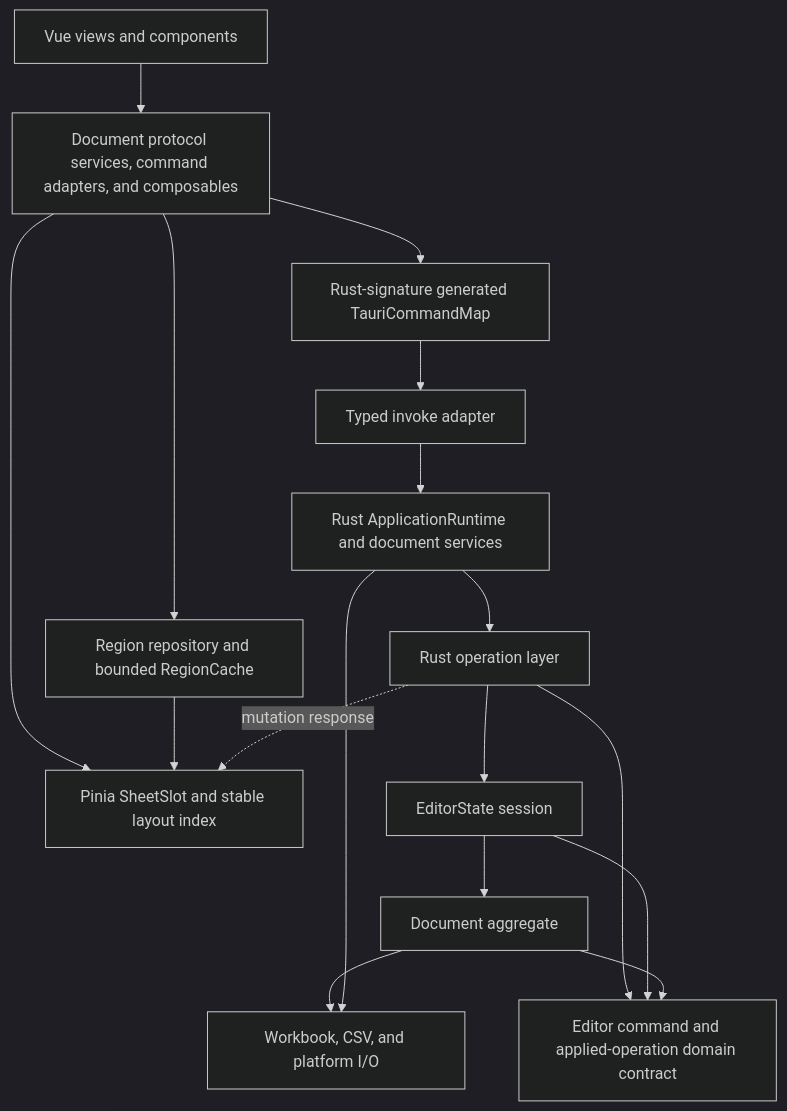
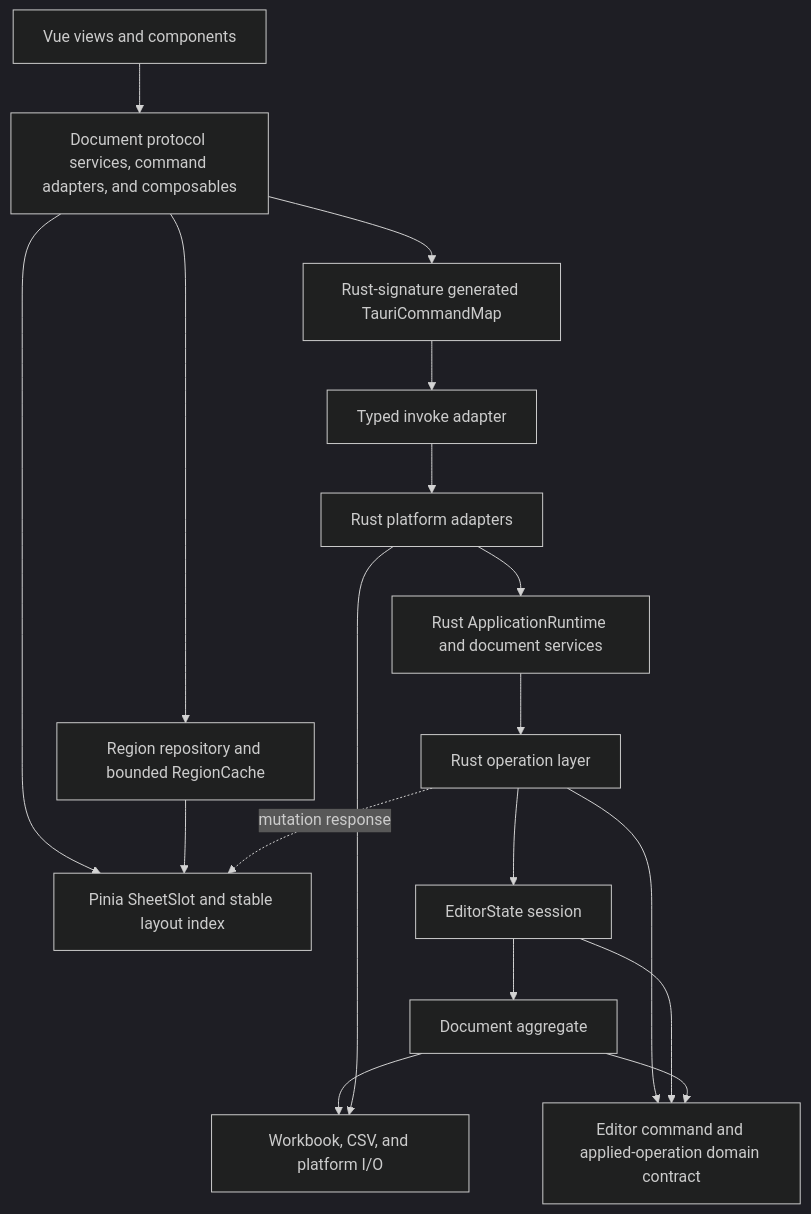
Before and after one commit to mingchiuli/simple-table: the diagram in docs/architecture.md, drawn with Mermaid (dark theme). The commit also changed other lines of this file and 40 other files, not shown here.

````diff
--- a/docs/architecture.md
+++ b/docs/architecture.md
@@ -8,24 +8,25 @@
 ```mermaid
 flowchart TB
     UI[Vue views and components]
     APP[Document protocol services, command adapters, and composables]
     STORE[Pinia SheetSlot and stable layout index]
     REGION[Region repository and bounded RegionCache]
     RPC[Rust-signature generated TauriCommandMap]
     IPC[Typed invoke adapter]
+    ADAPTER[Rust platform adapters]
     SERVICE[Rust ApplicationRuntime and document services]
     OPS[Rust operation layer]
     STATE[EditorState session]
     DOMAIN[Editor command and applied-operation domain contract]
     DOC[Document aggregate]
     IO[Workbook, CSV, and platform I/O]
 
     UI --> APP --> STORE
     APP --> REGION --> STORE
-    APP --> RPC --> IPC --> SERVICE --> OPS --> STATE --> DOC --> IO
+    APP --> RPC --> IPC --> ADAPTER --> SERVICE --> OPS --> STATE --> DOC --> IO
+    ADAPTER --> IO
     OPS --> DOMAIN
     STATE --> DOMAIN
     DOC --> DOMAIN
-    SERVICE --> IO
     OPS -. mutation response .-> STORE
 ```
````
